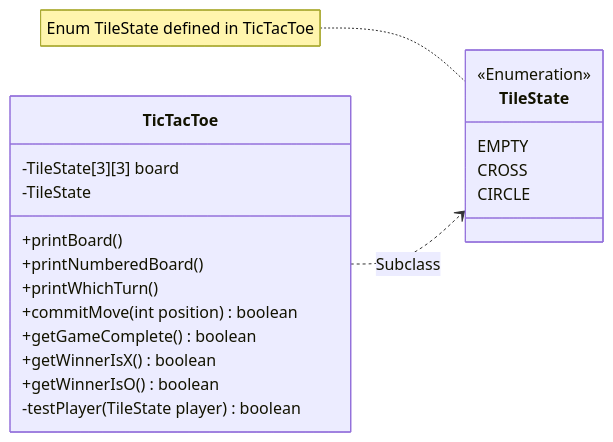
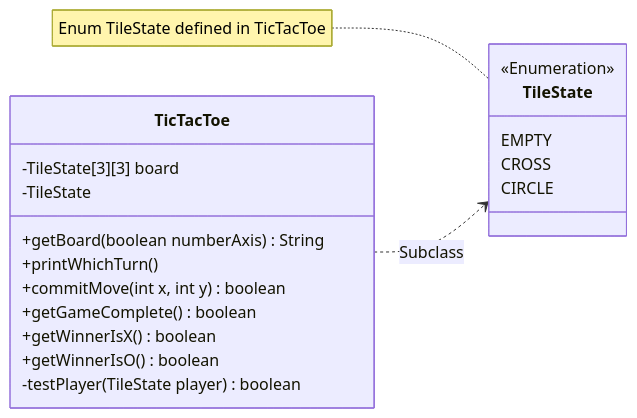
The diagram in README.md (JorritScholten/PlayersGuide), drawn with Mermaid before and after one commit. The commit also changed 3 other files, not shown here.

````diff
--- a/README.md
+++ b/README.md
@@ -18,24 +18,23 @@
 ```mermaid
 classDiagram
     direction LR
     class TicTacToe {
         -TileState[3][3] board
         -TileState
-        +printBoard()
-        +printNumberedBoard()
+        +getBoard(boolean numberAxis) String
         +printWhichTurn()
-        +commitMove(int position) boolean
+        +commitMove(int x, int y) boolean
         +getGameComplete() boolean
         +getWinnerIsX() boolean
         +getWinnerIsO() boolean
         -testPlayer(TileState player) boolean
     }
     note for TileState "Enum TileState defined in TicTacToe"
     class TileState {
         <<Enumeration>>
         EMPTY
         CROSS
         CIRCLE
     }
     TicTacToe ..> TileState: Subclass
 ```
````
